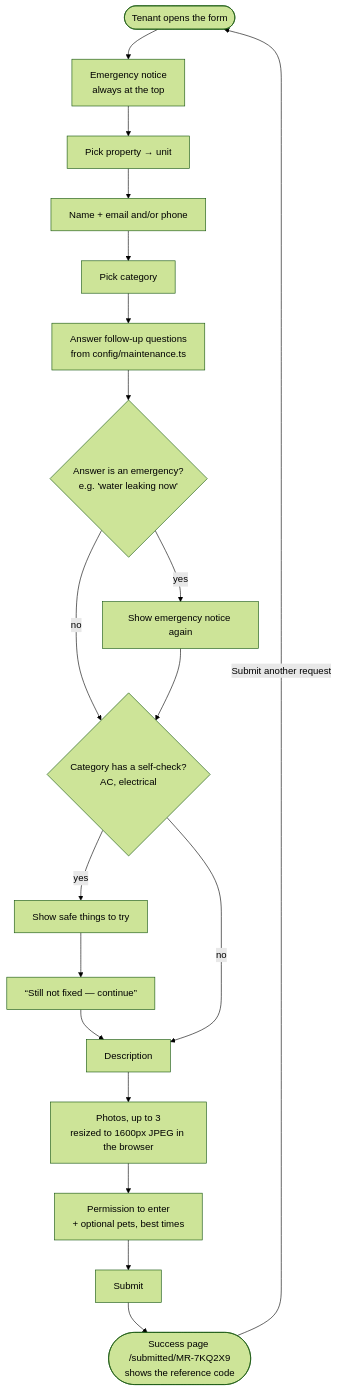
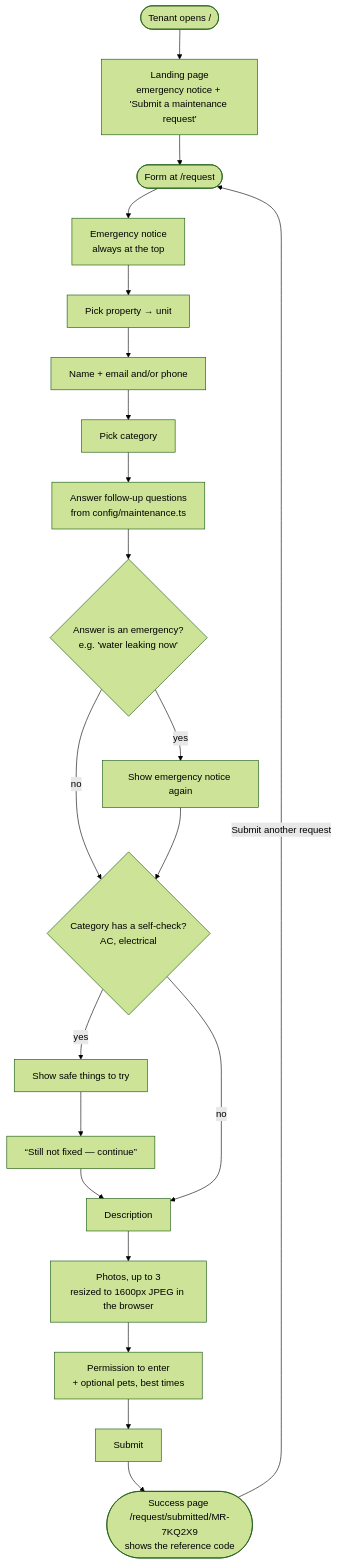
Before and after one commit to jagwaw/maintenance-request: the first of 2 diagrams in docs/tenant-form-flow.md, drawn with Mermaid (forest theme). The commit also changed other lines of this file and 3 other files, not shown here.

Commit message:
Add tenant landing page at / and move the form to /request

````diff
--- a/docs/tenant-form-flow.md
+++ b/docs/tenant-form-flow.md
@@ -7,21 +7,23 @@
 ```mermaid
 flowchart TD
-    A([Tenant opens the form]) --> B[Emergency notice<br/>always at the top]
+    START([Tenant opens /]) --> LAND[Landing page<br/>emergency notice + 'Submit a maintenance request']
+    LAND --> A([Form at /request])
+    A --> B[Emergency notice<br/>always at the top]
     B --> C[Pick property → unit]
     C --> D[Name + email and/or phone]
     D --> E[Pick category]
     E --> F[Answer follow-up questions<br/>from config/maintenance.ts]
     F --> G{Answer is an emergency?<br/>e.g. 'water leaking now'}
     G -- yes --> H[Show emergency notice again]
     G -- no --> I
     H --> I{Category has a self-check?<br/>AC, electrical}
     I -- yes --> J[Show safe things to try]
     J --> K[“Still not fixed — continue”]
     K --> L
     I -- no --> L[Description]
     L --> M[Photos, up to 3<br/>resized to 1600px JPEG in the browser]
     M --> N[Permission to enter<br/>+ optional pets, best times]
     N --> O[Submit]
-    O --> P([Success page /submitted/MR-7KQ2X9<br/>shows the reference code])
+    O --> P([Success page /request/submitted/MR-7KQ2X9<br/>shows the reference code])
     P -- Submit another request --> A
 ```
````
